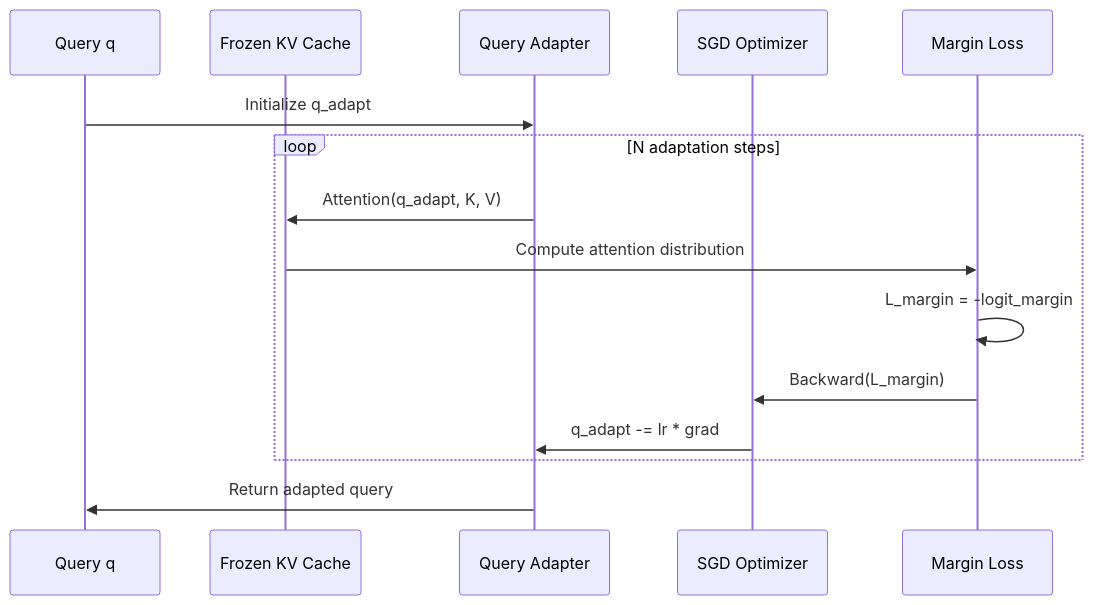
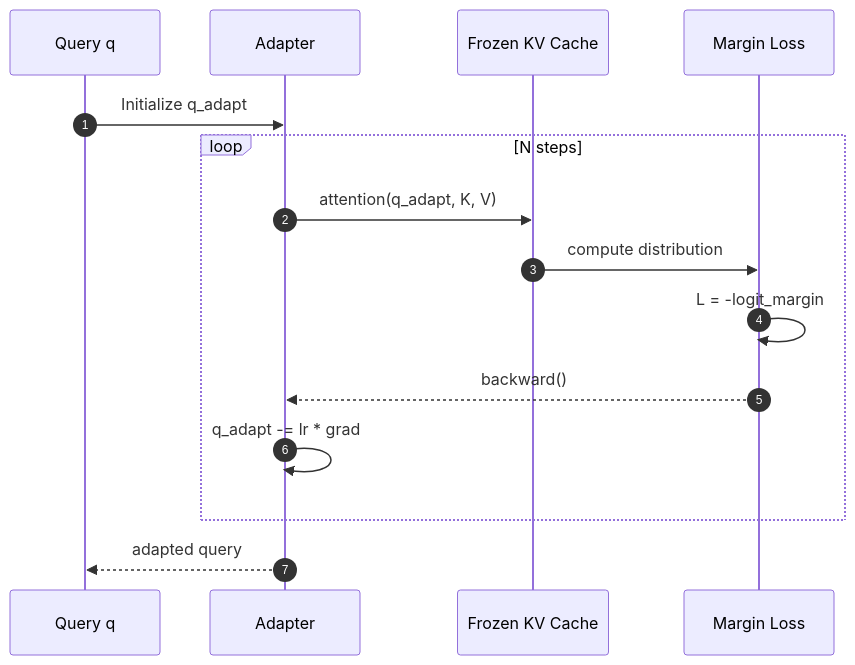
Before and after one commit to sunnyang1/Adaptive-Deep-Networks: the fifth of 7 diagrams in docs/ARCHITECTURE.md, drawn with Mermaid. The commit also changed other lines of this file and 9 other files, not shown here.

````diff
--- a/docs/ARCHITECTURE.md
+++ b/docs/ARCHITECTURE.md
@@ -118,20 +129,20 @@
 ```mermaid
 sequenceDiagram
-    participant Query as Query q
-    participant Cache as Frozen KV Cache
-    participant Adapter as Query Adapter
-    participant Optimizer as SGD Optimizer
-    participant MarginLoss as Margin Loss
+    autonumber
+    participant Q as Query q
+    participant A as Adapter
+    participant C as Frozen KV Cache
+    participant L as Margin Loss
 
-    Query->>Adapter: Initialize q_adapt
+    Q->>A: Initialize q_adapt
     
-    loop N adaptation steps
-        Adapter->>Cache: Attention(q_adapt, K, V)
-        Cache->>MarginLoss: Compute attention distribution
-        MarginLoss->>MarginLoss: L_margin = -logit_margin
-        MarginLoss->>Optimizer: Backward(L_margin)
-        Optimizer->>Adapter: q_adapt -= lr * grad
+    loop N steps
+        A->>C: attention(q_adapt, K, V)
+        C->>L: compute distribution
+        L->>L: L = -logit_margin
+        L-->>A: backward()
+        A->>A: q_adapt -= lr * grad
     end
     
-    Adapter->>Query: Return adapted query
+    A-->>Q: adapted query
 ```
````
